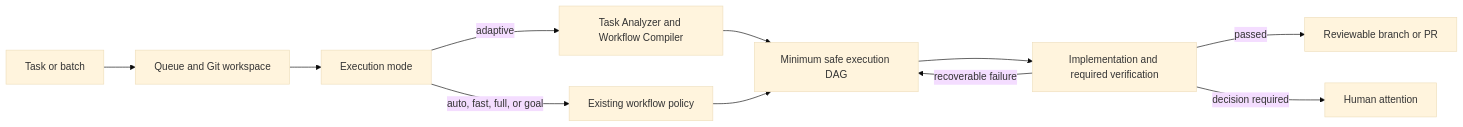
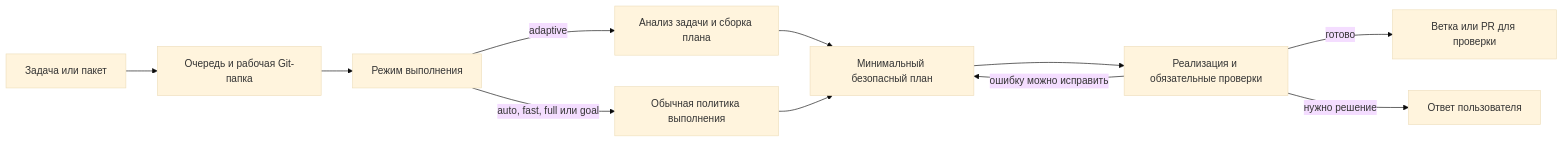
Before and after one commit to mdvcode/agents: the diagram in README.md, drawn with Mermaid (base theme). The commit also changed other lines of this file and 25 other files, not shown here.

````diff
--- a/README.md
+++ b/README.md
@@ -9,13 +116,13 @@
 ```mermaid
 flowchart LR
-    A["Task or batch"] --> B["Queue and Git workspace"]
-    B --> C["Execution mode"]
-    C -->|"adaptive"| D["Task Analyzer and Workflow Compiler"]
-    C -->|"auto, fast, full, or goal"| E["Existing workflow policy"]
-    D --> F["Minimum safe execution DAG"]
+    A["Задача или пакет"] --> B["Очередь и рабочая Git-папка"]
+    B --> C["Режим выполнения"]
+    C -->|"adaptive"| D["Анализ задачи и сборка плана"]
+    C -->|"auto, fast, full или goal"| E["Обычная политика выполнения"]
+    D --> F["Минимальный безопасный план"]
     E --> F
-    F --> G["Implementation and required verification"]
-    G -->|"recoverable failure"| F
-    G -->|"passed"| H["Reviewable branch or PR"]
-    G -->|"decision required"| I["Human attention"]
+    F --> G["Реализация и обязательные проверки"]
+    G -->|"ошибку можно исправить"| F
+    G -->|"готово"| H["Ветка или PR для проверки"]
+    G -->|"нужно решение"| I["Ответ пользователя"]
 ```
````
